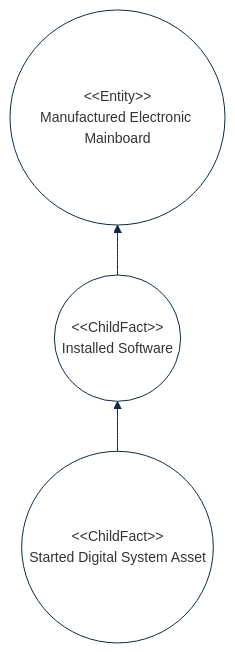
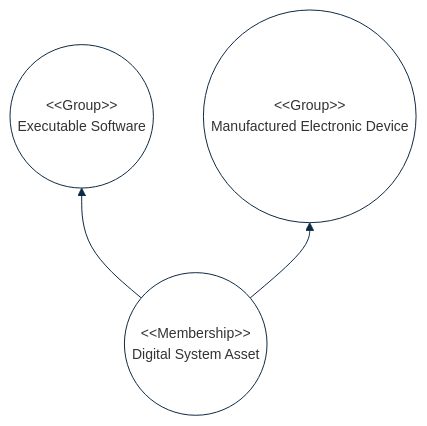
Before and after one commit to cybnity/foundation: the second of 2 diagrams in implementations-line/framework/immutable/README.md, drawn with Mermaid.

````diff
--- a/implementations-line/framework/immutable/README.md
+++ b/implementations-line/framework/immutable/README.md
@@ -135,25 +135,29 @@
 ```mermaid
 %%{
   init: {
     'theme': 'base',
     'themeVariables': {
         'background': '#ffffff',
         'fontFamily': 'arial',
         'fontSize': '14px',
         'primaryColor': '#fff',
         'primaryBorderColor': '#0e2a43',
         'secondaryBorderColor': '#0e2a43',
         'tertiaryBorderColor': '#0e2a43',
         'edgeLabelBackground':'#0e2a43',
         'lineColor': '#0e2a43',
         'tertiaryColor': '#fff'
     }
   }
 }%%
 flowchart BT
-    system(("#60;#60;ChildFact#62;#62;<br/>Started Digital System Asset")) --> software(("#60;#60;ChildFact#62;#62;<br/>Installed Software")) --> board(("#60;#60;Entity#62;#62;<br/>Manufactured Electronic Mainboard"))
+    software(("#60;#60;Group#62;#62;<br/>Executable Software"))
+    electronicdevice(("#60;#60;Group#62;#62;<br/>Manufactured Electronic Device"))
+
+    system(("#60;#60;Membership#62;#62;<br/>Digital System Asset")) --> software
+    system --> electronicdevice
 
 
 
 
 ```
````
